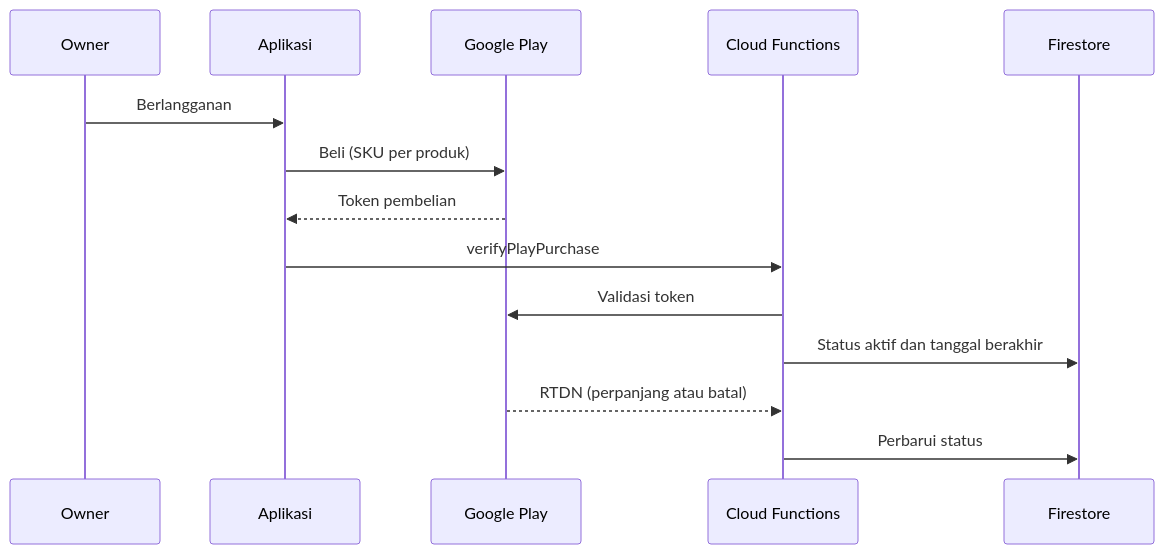
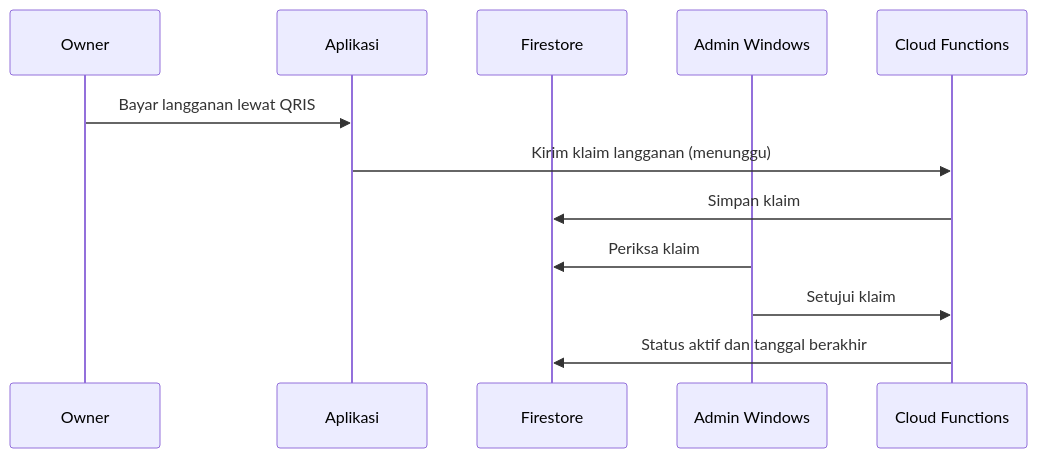
Before and after one commit to filodev0606-glitch/filodev0606-glitch: the third of 4 diagrams in projects/filokasir-filolaundry.md, drawn with Mermaid. The commit also changed other lines of this file and 55 other files, not shown here.

````diff
--- a/projects/filokasir-filolaundry.md
+++ b/projects/filokasir-filolaundry.md
@@ -43,16 +42,14 @@
 ```mermaid
 sequenceDiagram
     participant O as Owner
     participant A as Aplikasi
-    participant P as Google Play
+    participant F as Firestore
+    participant M as Admin Windows
     participant C as Cloud Functions
-    participant F as Firestore
-    O->>A: Berlangganan
-    A->>P: Beli (SKU per produk)
-    P-->>A: Token pembelian
-    A->>C: verifyPlayPurchase
-    C->>P: Validasi token
+    O->>A: Bayar langganan lewat QRIS
+    A->>C: Kirim klaim langganan (menunggu)
+    C->>F: Simpan klaim
+    M->>F: Periksa klaim
+    M->>C: Setujui klaim
     C->>F: Status aktif dan tanggal berakhir
-    P-->>C: RTDN (perpanjang atau batal)
-    C->>F: Perbarui status
 ```
````
